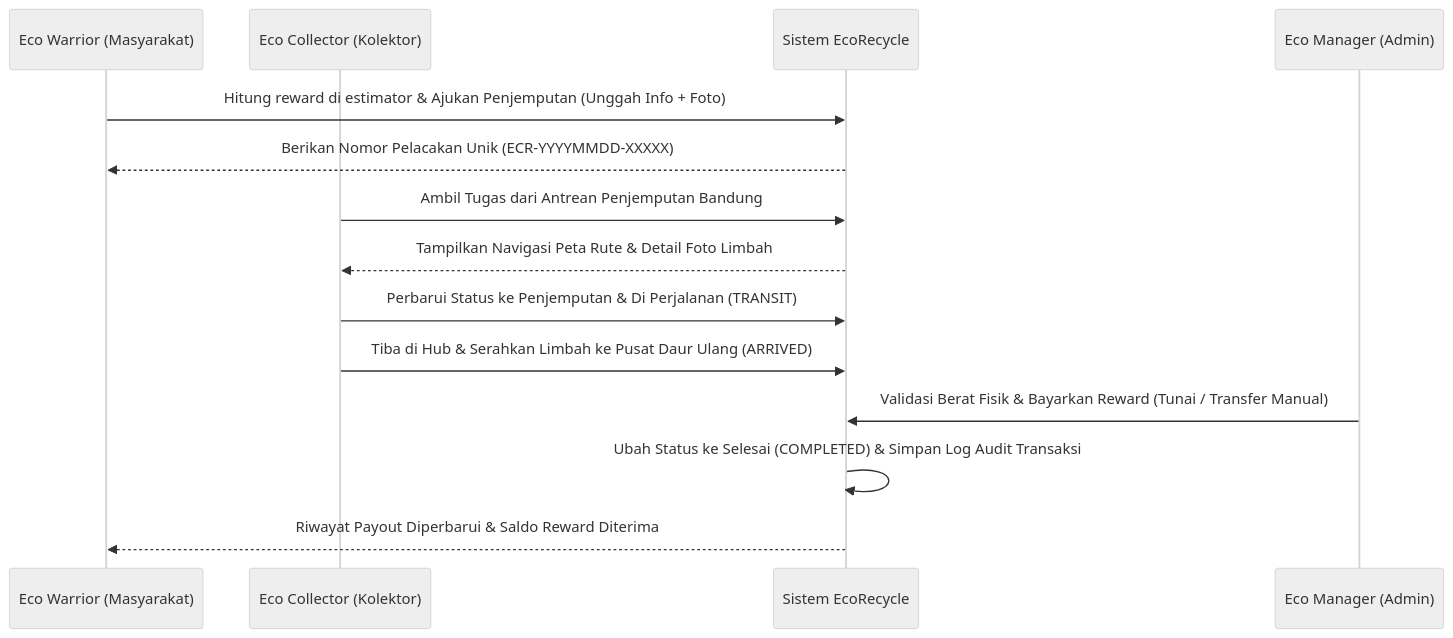
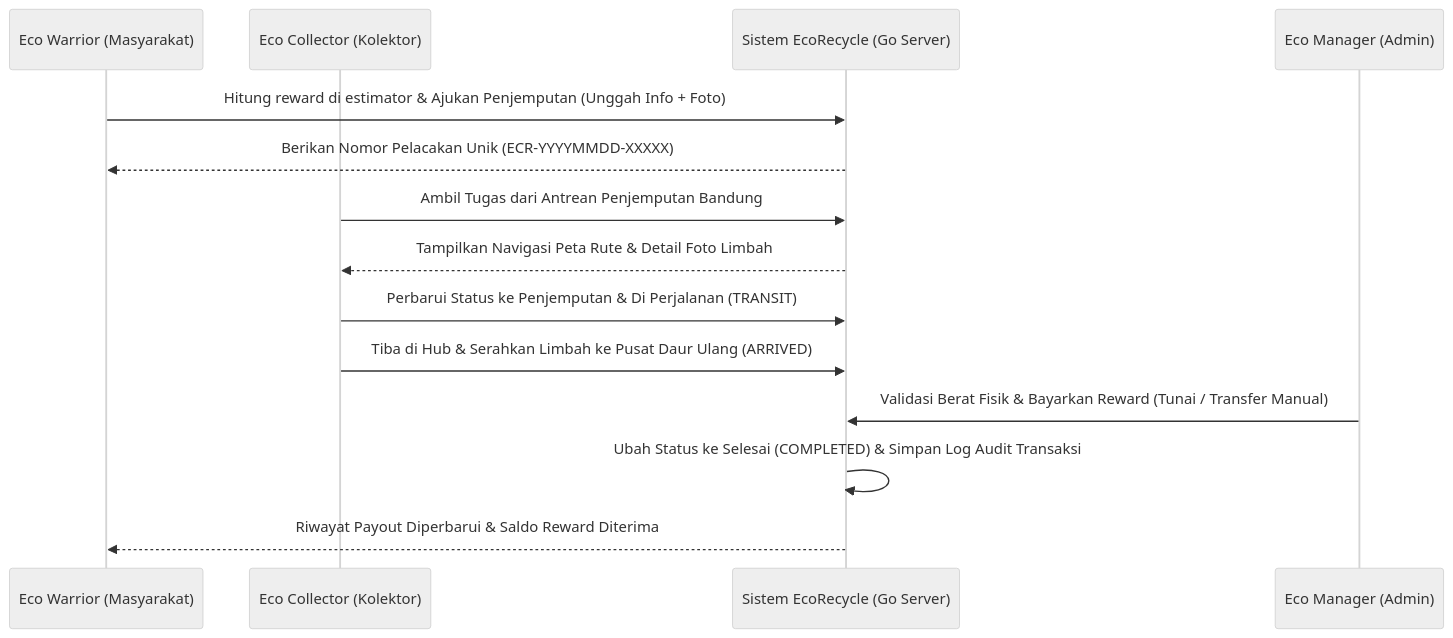
One commit to azitriyadi/tubes changed the diagram in README.md. Above: the diagram before and after it, drawn with Mermaid (neutral theme). The commit also changed other lines of this file and 29 other files, not shown here.

````diff
--- a/README.md
+++ b/README.md
@@ -163,17 +164,17 @@
 ```mermaid
 sequenceDiagram
     participant User as Eco Warrior (Masyarakat)
     participant Coll as Eco Collector (Kolektor)
-    participant Sys as Sistem EcoRecycle
+    participant Sys as Sistem EcoRecycle (Go Server)
     participant Admin as Eco Manager (Admin)
  
     User->>Sys: Hitung reward di estimator & Ajukan Penjemputan (Unggah Info + Foto)
     Sys-->>User: Berikan Nomor Pelacakan Unik (ECR-YYYYMMDD-XXXXX)
     Coll->>Sys: Ambil Tugas dari Antrean Penjemputan Bandung
     Sys-->>Coll: Tampilkan Navigasi Peta Rute & Detail Foto Limbah
     Coll->>Sys: Perbarui Status ke Penjemputan & Di Perjalanan (TRANSIT)
     Coll->>Sys: Tiba di Hub & Serahkan Limbah ke Pusat Daur Ulang (ARRIVED)
     Admin->>Sys: Validasi Berat Fisik & Bayarkan Reward (Tunai / Transfer Manual)
     Sys->>Sys: Ubah Status ke Selesai (COMPLETED) & Simpan Log Audit Transaksi
     Sys-->>User: Riwayat Payout Diperbarui & Saldo Reward Diterima
 ```
````
